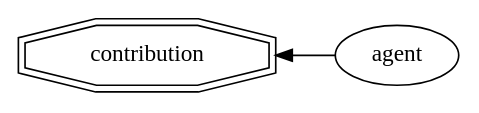
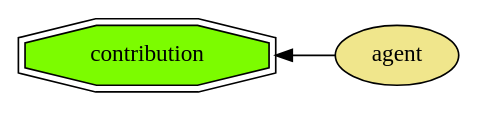
One commit to ledgerwatch/eth_state changed the second of 13 diagrams in Ethereum1x_definition.md. Above: the diagram before and after it, drawn with Graphviz. The commit also changed other lines of this file, not shown here.

````diff
--- a/Ethereum1x_definition.md
+++ b/Ethereum1x_definition.md
@@ -19,8 +19,8 @@
 ```graphviz
 digraph contributions {
 rankdir=LR;
-agent;
-contribution [shape="doubleoctagon"];
+agent [style=filled fillcolor=khaki];
+contribution [shape=doubleoctagon style=filled fillcolor=lawngreen];
 contribution->agent [dir=back];
 }
 ```
````
